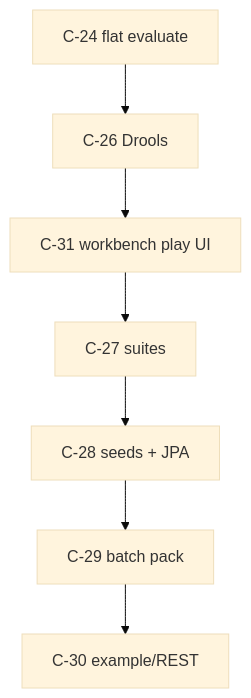
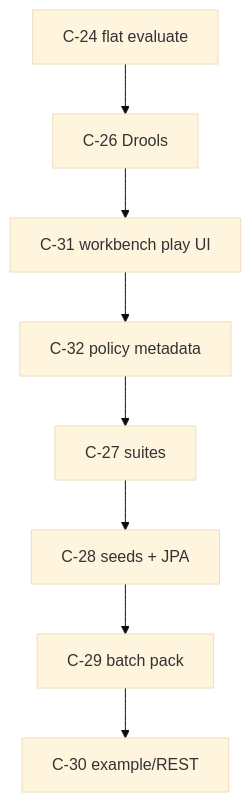
The second of 2 diagrams in docs/design/policy/README.md (qpointz/objs), drawn with Mermaid (base theme) before and after one commit. The commit also changed other lines of this file and 5 other files, not shown here.

Commit message:
[docs] Align policy design docs for C-32 metadata

````diff
--- a/docs/design/policy/README.md
+++ b/docs/design/policy/README.md
@@ -64,11 +66,12 @@
 ```mermaid
 flowchart TD
   c24[C-24 flat evaluate]
   c26[C-26 Drools]
   c31[C-31 workbench play UI]
+  c32[C-32 policy metadata]
   c27[C-27 suites]
   c28[C-28 seeds + JPA]
   c29[C-29 batch pack]
   c30[C-30 example/REST]
-  c24 --> c26 --> c31 --> c27 --> c28 --> c29 --> c30
+  c24 --> c26 --> c31 --> c32 --> c27 --> c28 --> c29 --> c30
 ```
````
